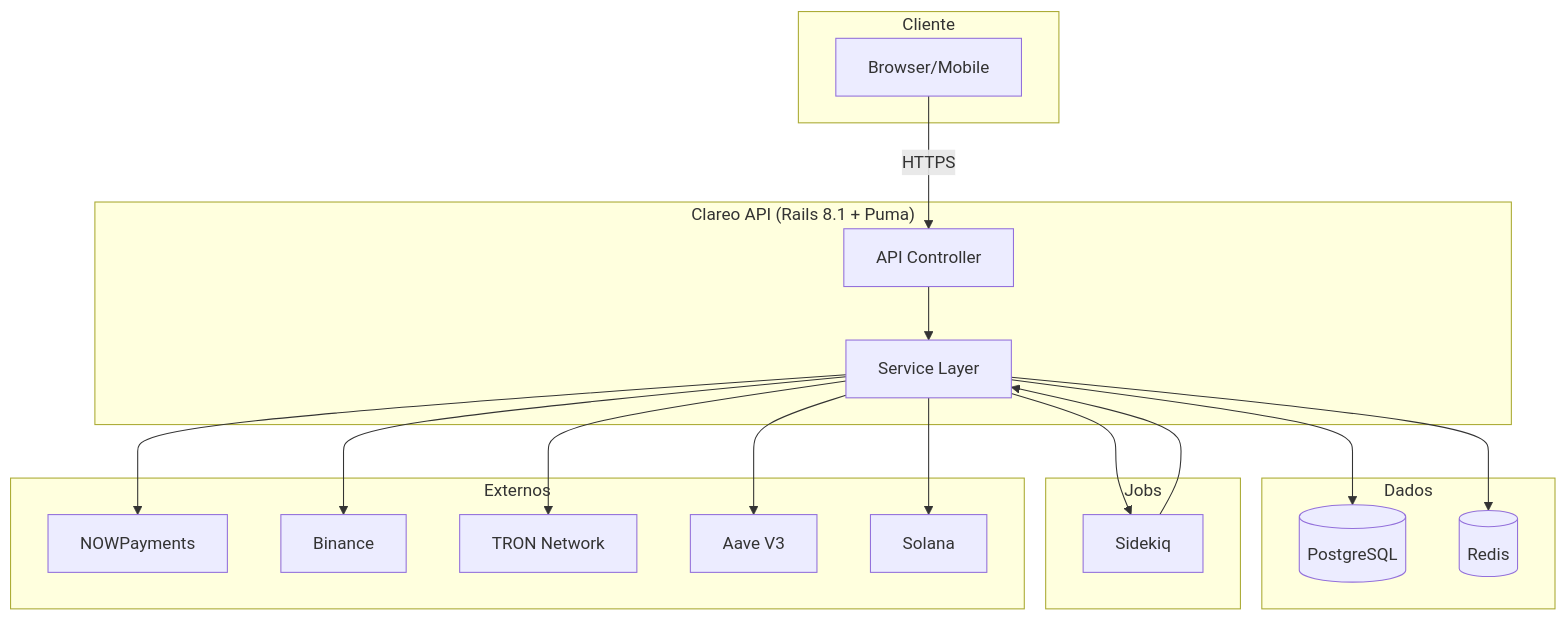
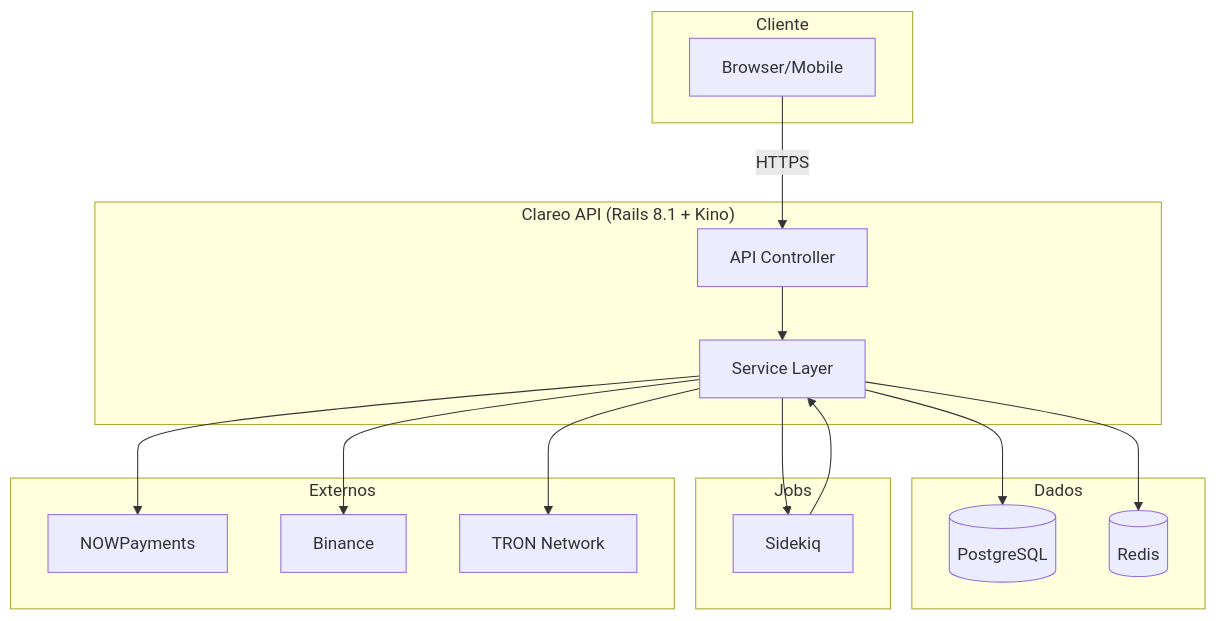
Before and after one commit to GabrielHR0/clareo-api: the first of 6 diagrams in doc/16-DIAGRAMAS.md, drawn with Mermaid. The commit also changed other lines of this file and 7 other files, not shown here.

````diff
--- a/doc/16-DIAGRAMAS.md
+++ b/doc/16-DIAGRAMAS.md
@@ -5,40 +5,36 @@
 ```mermaid
 graph TB
     subgraph "Cliente"
         A[Browser/Mobile]
     end
 
-    subgraph "Clareo API (Rails 8.1 + Puma)"
+    subgraph "Clareo API (Rails 8.1 + Kino)"
         B[API Controller]
         C[Service Layer]
     end
 
     subgraph "Dados"
         D[(PostgreSQL)]
         E[(Redis)]
     end
 
     subgraph "Jobs"
         F[Sidekiq]
     end
 
     subgraph "Externos"
         G[NOWPayments]
         H[Binance]
         I[TRON Network]
-        J[Aave V3]
-        K[Solana]
     end
 
     A -->|HTTPS| B
     B --> C
     C --> D
     C --> E
     C --> F
     F --> C
     C --> G
     C --> H
     C --> I
-    C --> J
-    C --> K
 ```
````
